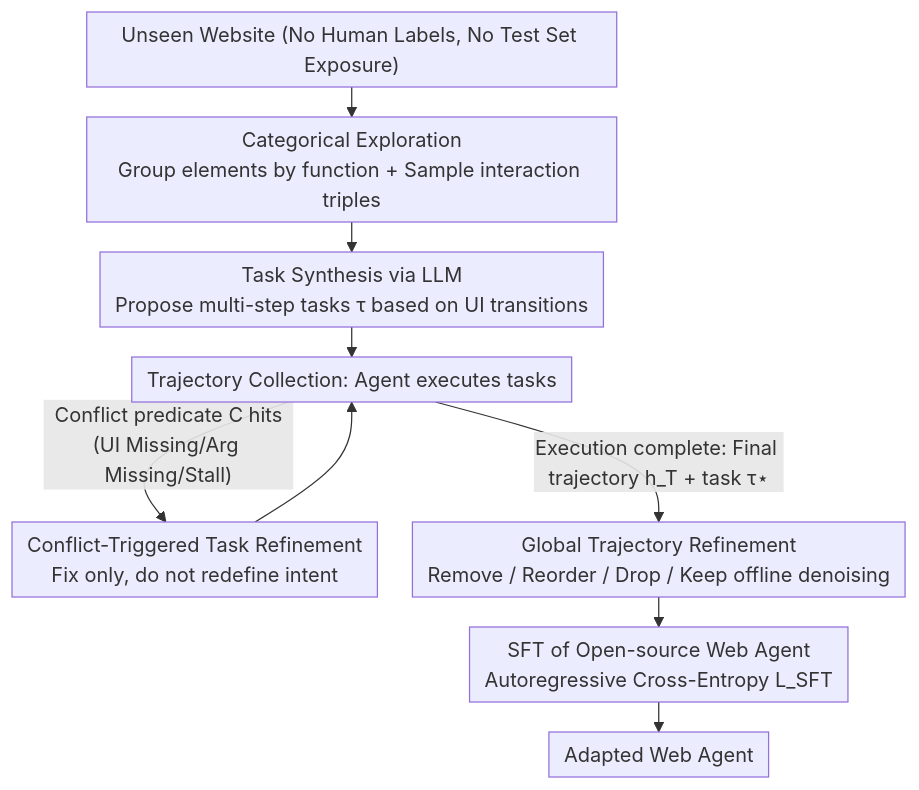
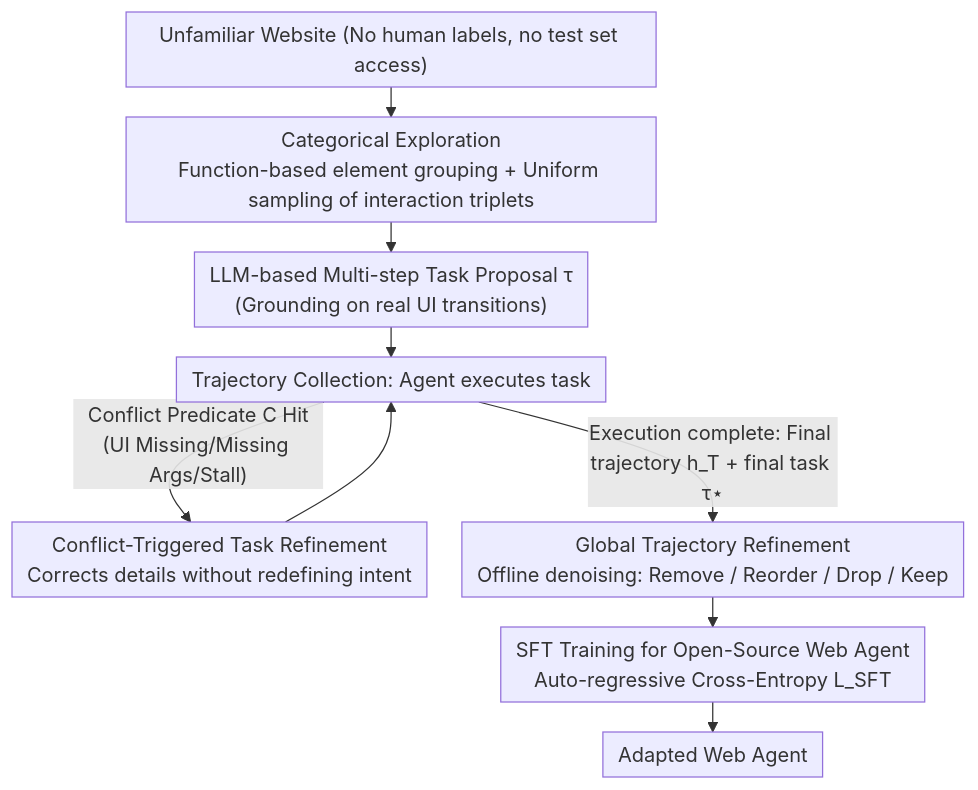
One commit to zhaoyang97/Paper-Notes-en changed the diagram in docs/ACL2026/llm_agent/synthagent_adapting_web_agents_with_synthetic_supervision.md. Above: the diagram before and after it, drawn with Mermaid. The commit also changed other lines of this file and 5084 other files, not shown here.

````diff
--- a/docs/ACL2026/llm_agent/synthagent_adapting_web_agents_with_synthetic_supervision.md
+++ b/docs/ACL2026/llm_agent/synthagent_adapting_web_agents_with_synthetic_supervision.md
@@ -47,12 +47,12 @@
 ```mermaid
 %%{init: {'flowchart': {'rankSpacing': 24, 'nodeSpacing': 28, 'padding': 6, 'wrappingWidth': 400}}}%%
 flowchart TD
-    A["Unseen Website (No Human Labels, No Test Set Exposure)"] --> B["Categorical Exploration<br/>Group elements by function + Sample interaction triples"]
-    B --> C["Task Synthesis via LLM<br/>Propose multi-step tasks τ based on UI transitions"]
-    C --> D["Trajectory Collection: Agent executes tasks"]
-    D -->|"Conflict predicate C hits<br/>(UI Missing/Arg Missing/Stall)"| E["Conflict-Triggered Task Refinement<br/>Fix only, do not redefine intent"]
+    A["Unfamiliar Website (No human labels, no test set access)"] --> B["Categorical Exploration<br/>Function-based element grouping + Uniform sampling of interaction triplets"]
+    B --> C["LLM-based Multi-step Task Proposal τ<br/>(Grounding on real UI transitions)"]
+    C --> D["Trajectory Collection: Agent executes task"]
+    D -->|"Conflict Predicate C Hit<br/>(UI Missing/Missing Args/Stall)"| E["Conflict-Triggered Task Refinement<br/>Corrects details without redefining intent"]
     E --> D
-    D -->|"Execution complete: Final trajectory h_T + task τ⋆"| F["Global Trajectory Refinement<br/>Remove / Reorder / Drop / Keep offline denoising"]
-    F --> G["SFT of Open-source Web Agent<br/>Autoregressive Cross-Entropy L_SFT"]
+    D -->|"Execution complete: Final trajectory h_T + final task τ⋆"| F["Global Trajectory Refinement<br/>Offline denoising: Remove / Reorder / Drop / Keep"]
+    F --> G["SFT Training for Open-Source Web Agent<br/>Auto-regressive Cross-Entropy L_SFT"]
     G --> H["Adapted Web Agent"]
 ```
````
